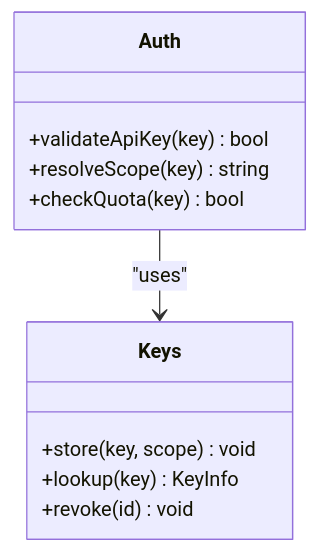
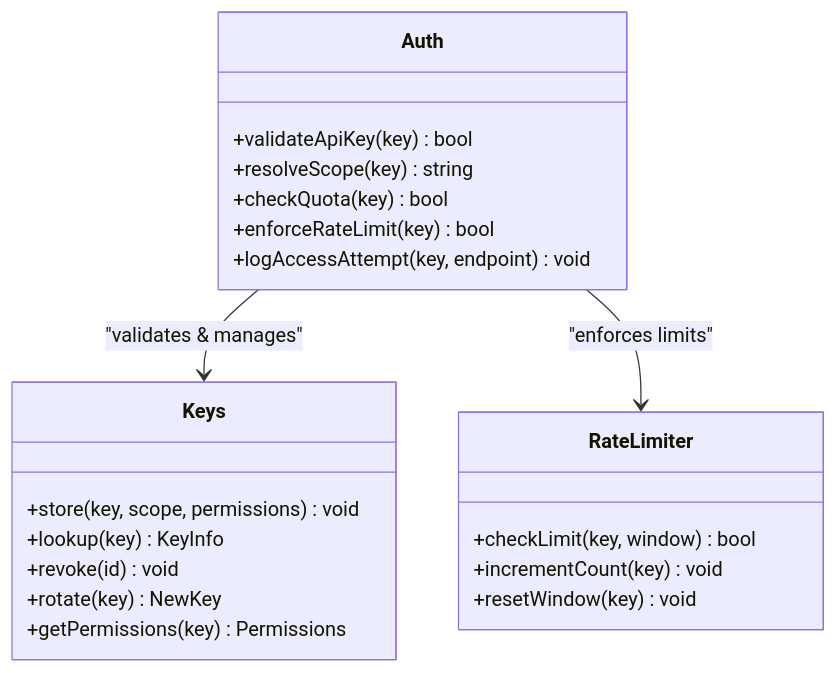
One commit to HassanAmeer/cheaprouter changed the fifth of 8 diagrams in .qoder/repowiki/en/content/Integration Guides/OpenAI Compatibility Layer.md. Above: the diagram before and after it, drawn with Mermaid. The commit also changed other lines of this file and 54 other files, not shown here.

````diff
--- a/.qoder/repowiki/en/content/Integration Guides/OpenAI Compatibility Layer.md
+++ b/.qoder/repowiki/en/content/Integration Guides/OpenAI Compatibility Layer.md
@@ -190,14 +217,24 @@
 ```mermaid
 classDiagram
 class Auth {
 +validateApiKey(key) bool
 +resolveScope(key) string
 +checkQuota(key) bool
++enforceRateLimit(key) bool
++logAccessAttempt(key, endpoint) void
 }
 class Keys {
-+store(key, scope) void
++store(key, scope, permissions) void
 +lookup(key) KeyInfo
 +revoke(id) void
++rotate(key) NewKey
++getPermissions(key) Permissions
 }
-Auth --> Keys : "uses"
+class RateLimiter {
++checkLimit(key, window) bool
++incrementCount(key) void
++resetWindow(key) void
+}
+Auth --> Keys : "validates & manages"
+Auth --> RateLimiter : "enforces limits"
 ```
````
